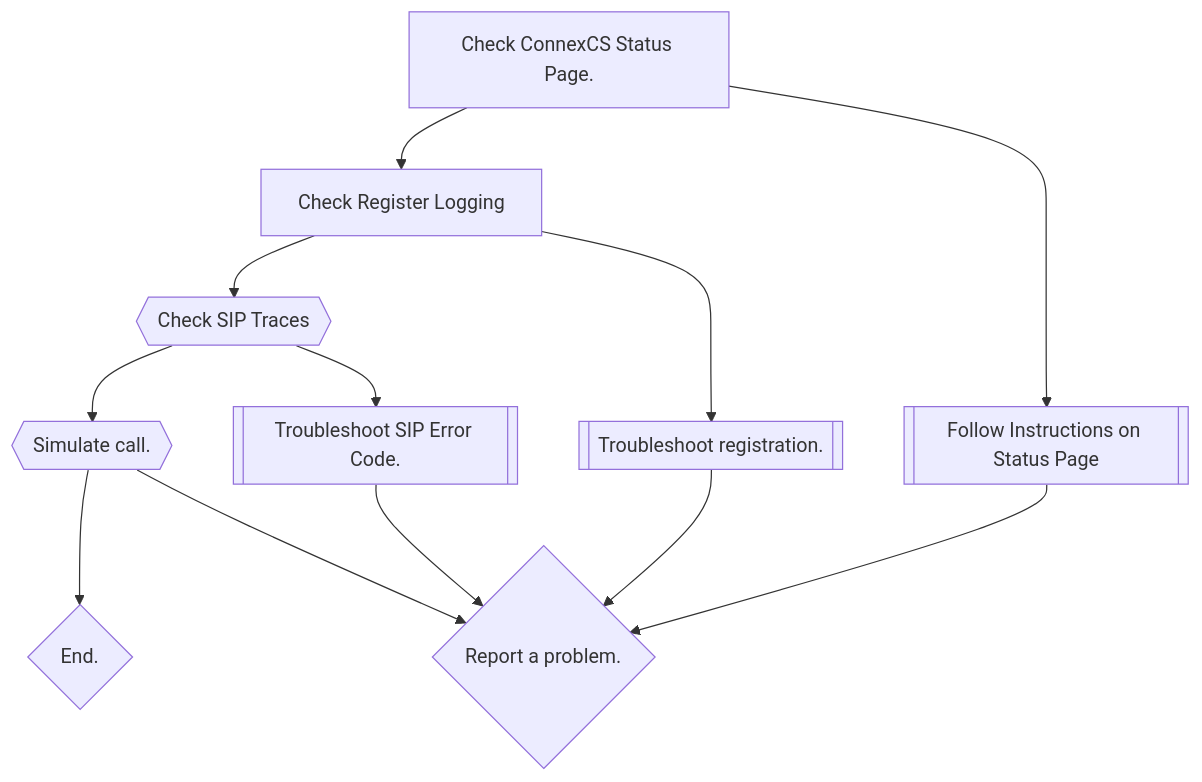
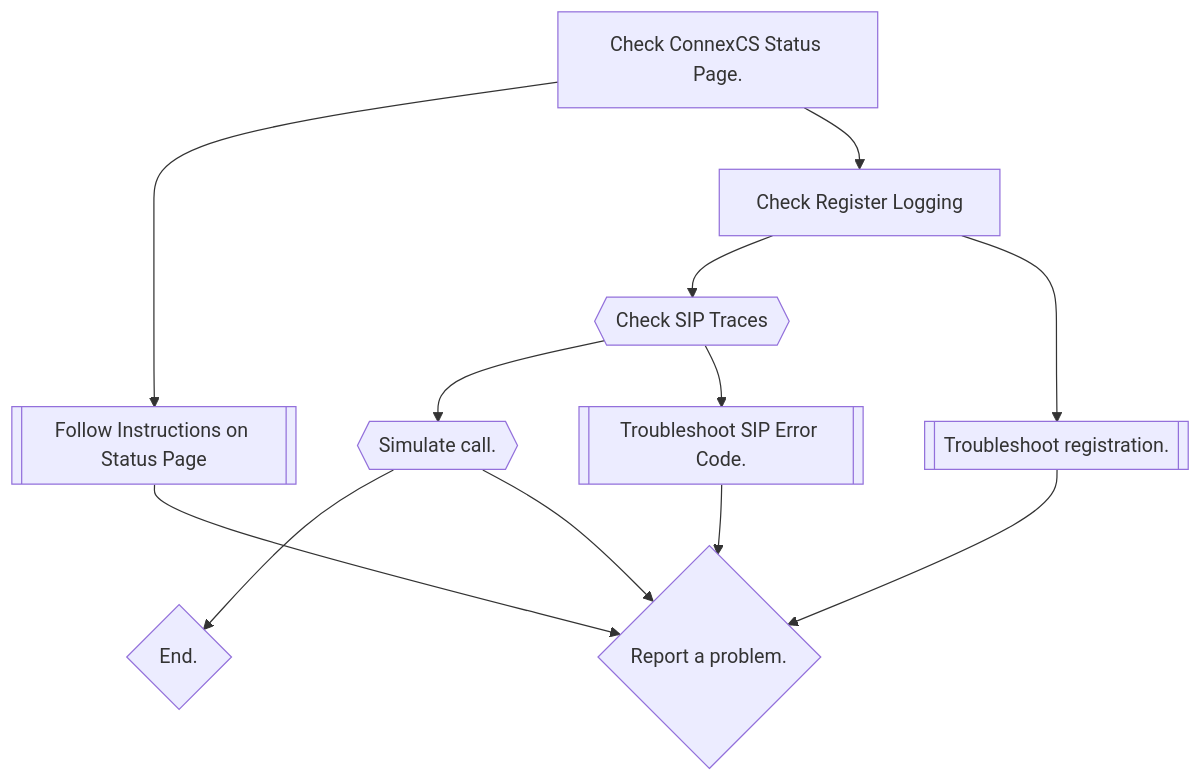
The diagram in docs/guides/tshoot-signal.md (connexcs/docs), drawn with Mermaid before and after one commit. The commit also changed other lines of this file, not shown here.

````diff
--- a/docs/guides/tshoot-signal.md
+++ b/docs/guides/tshoot-signal.md
@@ -32,14 +32,14 @@
 ```mermaid
 graph TD
+A[Check ConnexCS Status Page.] --> B[[Follow Instructions on Status Page]]
 A[Check ConnexCS Status Page.] --> C[Check Register Logging]
-A[Check ConnexCS Status Page.] --> B[[Follow Instructions on Status Page]]
 C --> E{{Check SIP Traces}}    
 C --> D[[Troubleshoot registration.]]
 E --> G{{Simulate call.}}
 E --> F[[Troubleshoot SIP Error Code.]]
 G --> H{End.}
 G --> I{Report a problem.}
 B --> I{Report a problem.}
 D --> I{Report a problem.}
 F --> I{Report a problem.}
 ```
````
